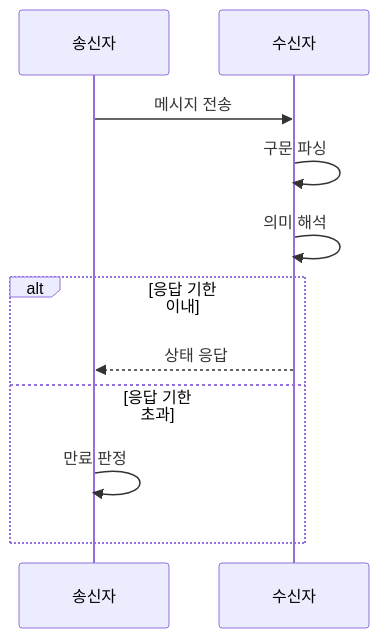
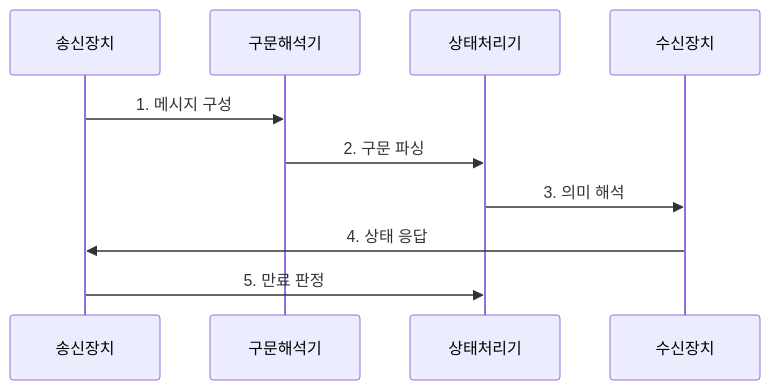
Before and after one commit to agnusdei1207/knowledge-base: the second of 2 diagrams in src/content/docs/notes/04-network/003_protocol_3_elements.md, drawn with Mermaid. The commit also changed other lines of this file and 20 other files, not shown here.

````diff
--- a/src/content/docs/notes/04-network/003_protocol_3_elements.md
+++ b/src/content/docs/notes/04-network/003_protocol_3_elements.md
@@ -68,13 +76,12 @@
 ```mermaid
 sequenceDiagram
-    participant S as 송신자
-    participant R as 수신자
-    S->>R: 메시지 전송
-    R->>R: 구문 파싱
-    R->>R: 의미 해석
-    alt 응답 기한 이내
-        R-->>S: 상태 응답
-    else 응답 기한 초과
-        S->>S: 만료 판정
-    end
+    participant 송신장치
+    participant 구문해석기
+    participant 상태처리기
+    participant 수신장치
+    송신장치->>구문해석기: 1. 메시지 구성
+    구문해석기->>상태처리기: 2. 구문 파싱
+    상태처리기->>수신장치: 3. 의미 해석
+    수신장치->>송신장치: 4. 상태 응답
+    송신장치->>상태처리기: 5. 만료 판정
 ```
````
